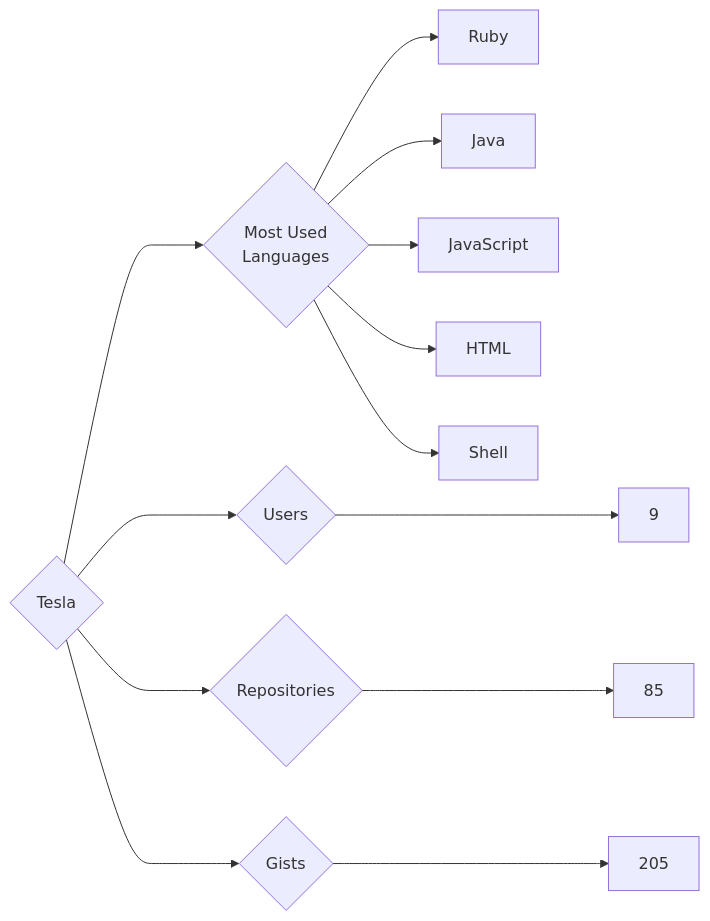
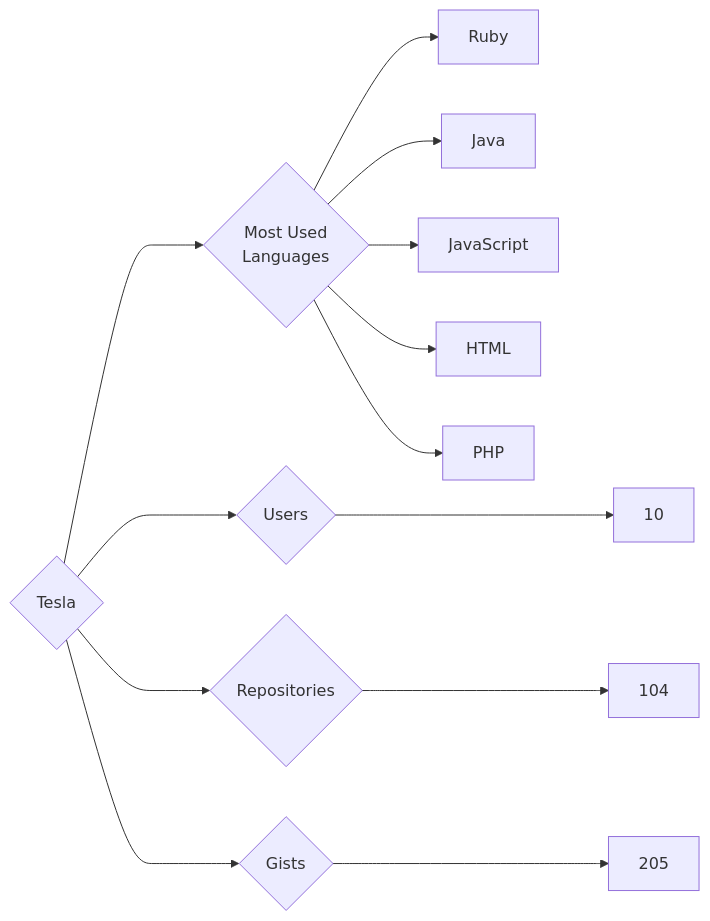
The diagram in targets/Tesla/README.md (trickest/insiders), drawn with Mermaid before and after one commit. The commit also changed 1389 other files, not shown here.

````diff
--- a/targets/Tesla/README.md
+++ b/targets/Tesla/README.md
@@ -3,13 +3,13 @@
 ```mermaid
 graph LR
 COMPANY_NAME{Tesla}
-COMPANY_NAME ---> U{Users} ---> UN[9]
-COMPANY_NAME ---> R{Repositories} ---> RN[85]
+COMPANY_NAME ---> U{Users} ---> UN[10]
+COMPANY_NAME ---> R{Repositories} ---> RN[104]
 COMPANY_NAME ---> G{Gists} ---> GN[205]
 COMPANY_NAME ---> ML{Most Used<br>Languages}
 ML --> Ruby[Ruby]
 ML --> Java[Java]
 ML --> JavaScript[JavaScript]
 ML --> HTML[HTML]
-ML --> Shell[Shell]
+ML --> PHP[PHP]
 ```
````
